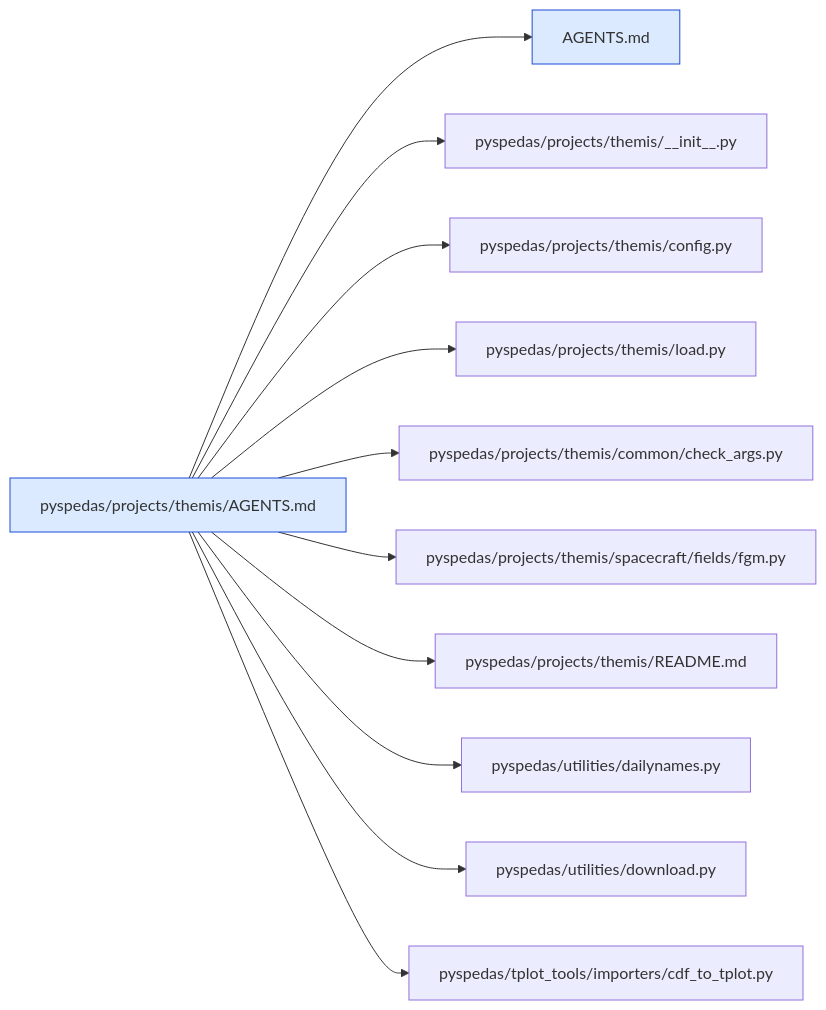
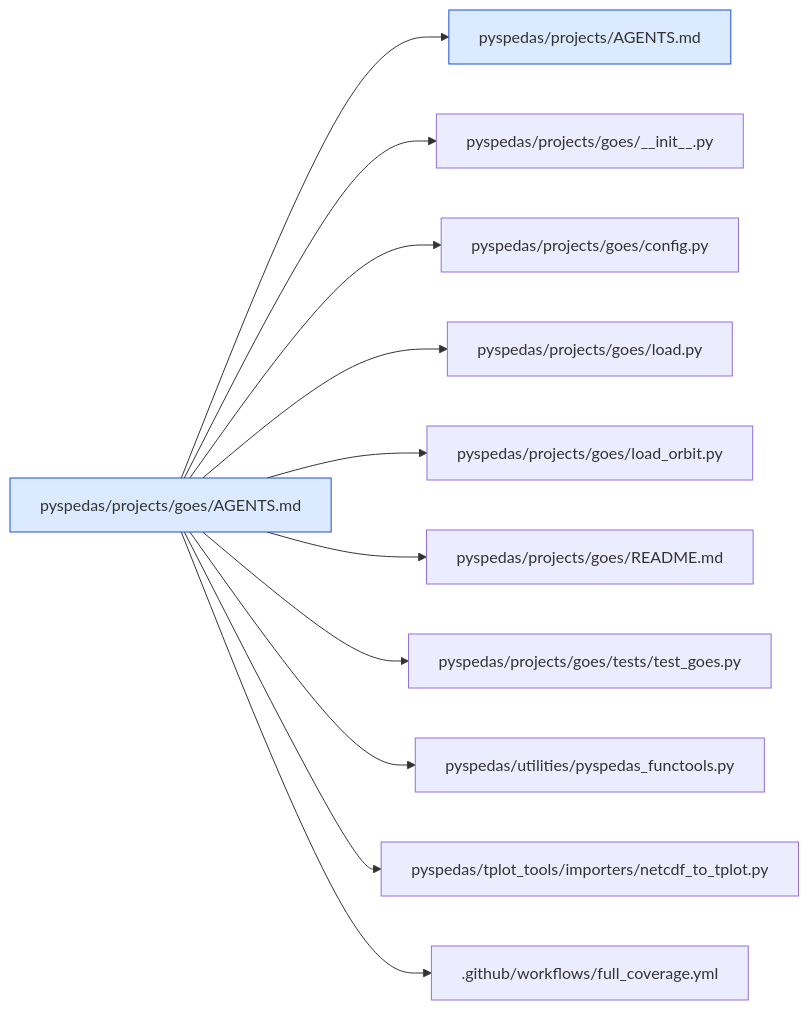
Diagram 18 of 42 in .agents/map/MAP.md (spedas/pyspedas), drawn with Mermaid before and after one commit. The commit also changed other lines of this file and 1 other file, not shown here.

First line of the commit message:
Rebuild the AGENTS.md map for all 41 AGENTS.md files

````diff
--- a/.agents/map/MAP.md
+++ b/.agents/map/MAP.md
@@ -67,16 +753,16 @@
 ```mermaid
 graph LR
   classDef agents fill:#dbeafe,stroke:#1d4ed8
   classDef missing fill:#fee2e2,stroke:#b91c1c,stroke-dasharray:4
-  self["pyspedas/projects/themis/AGENTS.md"]:::agents
-  self --> r0["AGENTS.md"]:::agents
-  self --> r1["pyspedas/projects/themis/__init__.py"]
-  self --> r2["pyspedas/projects/themis/config.py"]
-  self --> r3["pyspedas/projects/themis/load.py"]
-  self --> r4["pyspedas/projects/themis/common/check_args.py"]
-  self --> r5["pyspedas/projects/themis/spacecraft/fields/fgm.py"]
-  self --> r6["pyspedas/projects/themis/README.md"]
-  self --> r7["pyspedas/utilities/dailynames.py"]
-  self --> r8["pyspedas/utilities/download.py"]
-  self --> r9["pyspedas/tplot_tools/importers/cdf_to_tplot.py"]
+  self["pyspedas/projects/goes/AGENTS.md"]:::agents
+  self --> r0["pyspedas/projects/AGENTS.md"]:::agents
+  self --> r1["pyspedas/projects/goes/__init__.py"]
+  self --> r2["pyspedas/projects/goes/config.py"]
+  self --> r3["pyspedas/projects/goes/load.py"]
+  self --> r4["pyspedas/projects/goes/load_orbit.py"]
+  self --> r5["pyspedas/projects/goes/README.md"]
+  self --> r6["pyspedas/projects/goes/tests/test_goes.py"]
+  self --> r7["pyspedas/utilities/pyspedas_functools.py"]
+  self --> r8["pyspedas/tplot_tools/importers/netcdf_to_tplot.py"]
+  self --> r9[".github/workflows/full_coverage.yml"]
 ```
````
